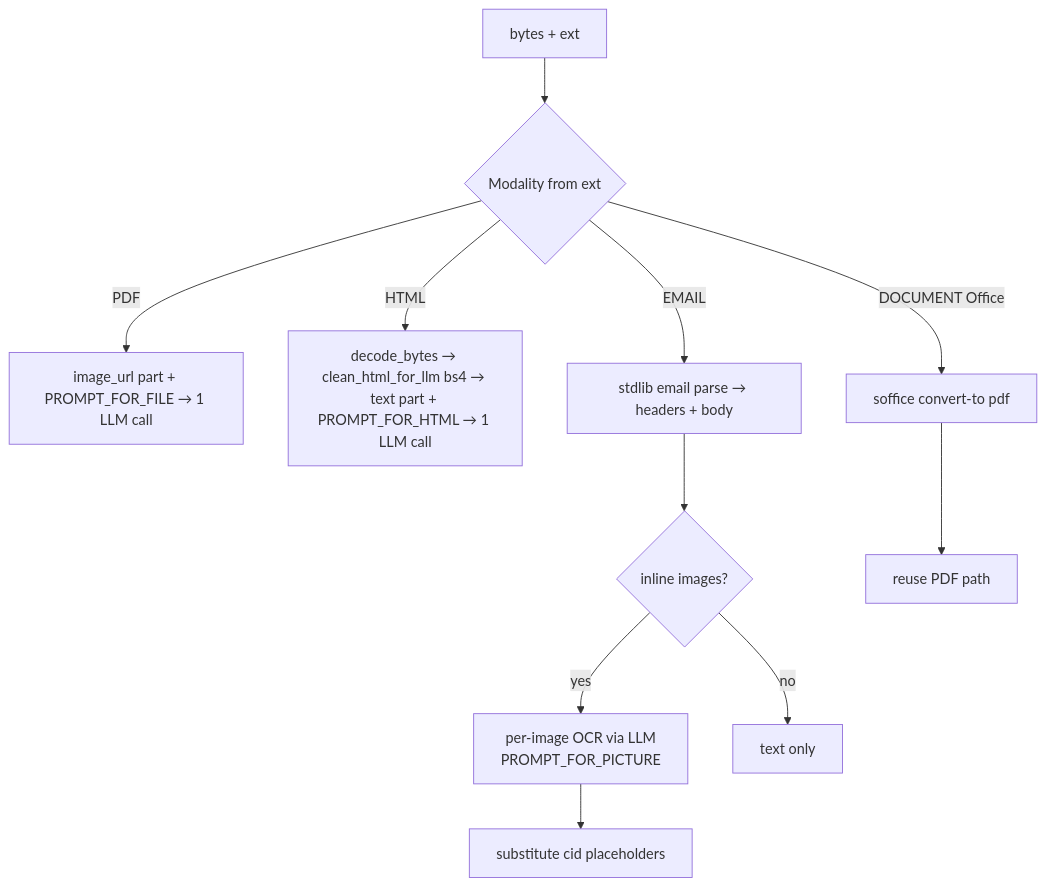
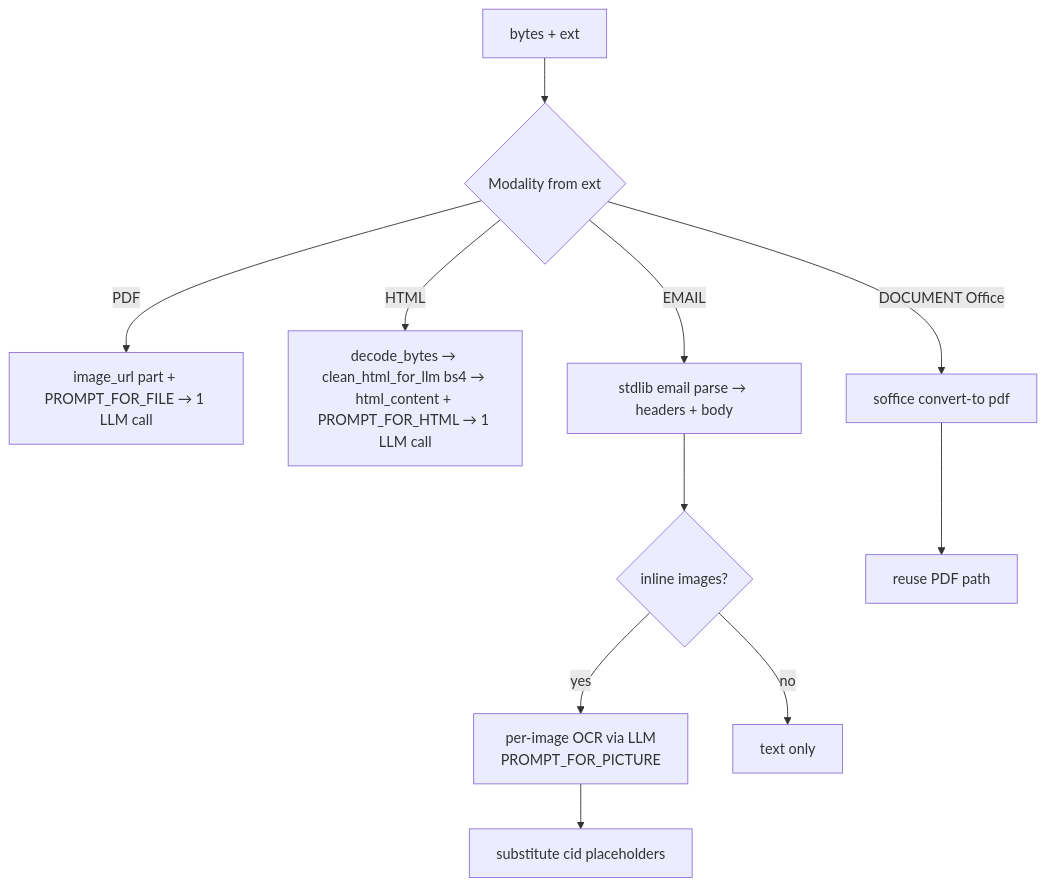
One commit to EverMind-AI/EverAlgo changed the fourth of 5 diagrams in packages/everalgo-parser/docs/architecture.md. Above: the diagram before and after it, drawn with Mermaid. The commit also changed other lines of this file and 344 other files, not shown here.

````diff
--- a/packages/everalgo-parser/docs/architecture.md
+++ b/packages/everalgo-parser/docs/architecture.md
@@ -192,13 +198,13 @@
 ```mermaid
 flowchart TD
   A[bytes + ext] --> M{Modality from ext}
   M -- PDF --> P[image_url part + PROMPT_FOR_FILE → 1 LLM call]
-  M -- HTML --> H[decode_bytes → clean_html_for_llm bs4 → text part + PROMPT_FOR_HTML → 1 LLM call]
+  M -- HTML --> H[decode_bytes → clean_html_for_llm bs4 → html_content + PROMPT_FOR_HTML → 1 LLM call]
   M -- EMAIL --> E[stdlib email parse → headers + body]
   E --> EI{inline images?}
   EI -- yes --> EOCR[per-image OCR via LLM<br/>PROMPT_FOR_PICTURE]
   EOCR --> ES[substitute cid placeholders]
   EI -- no --> ES2[text only]
   M -- DOCUMENT Office --> O[soffice convert-to pdf]
   O --> P2[reuse PDF path]
 ```
````
